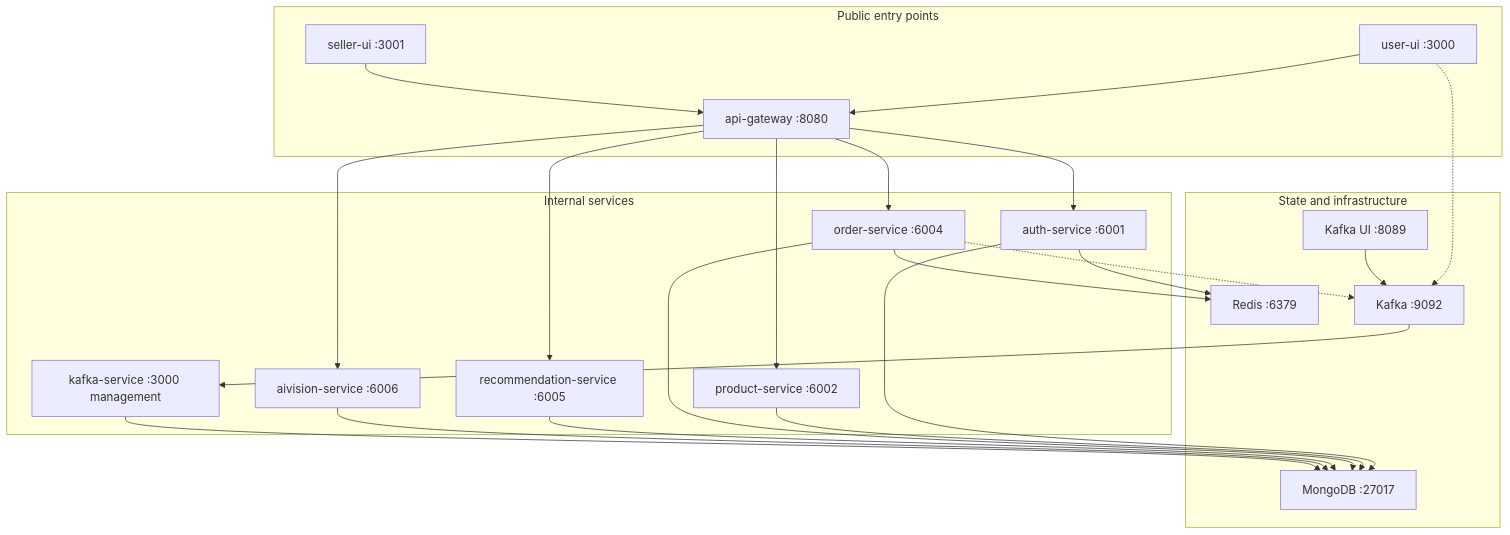
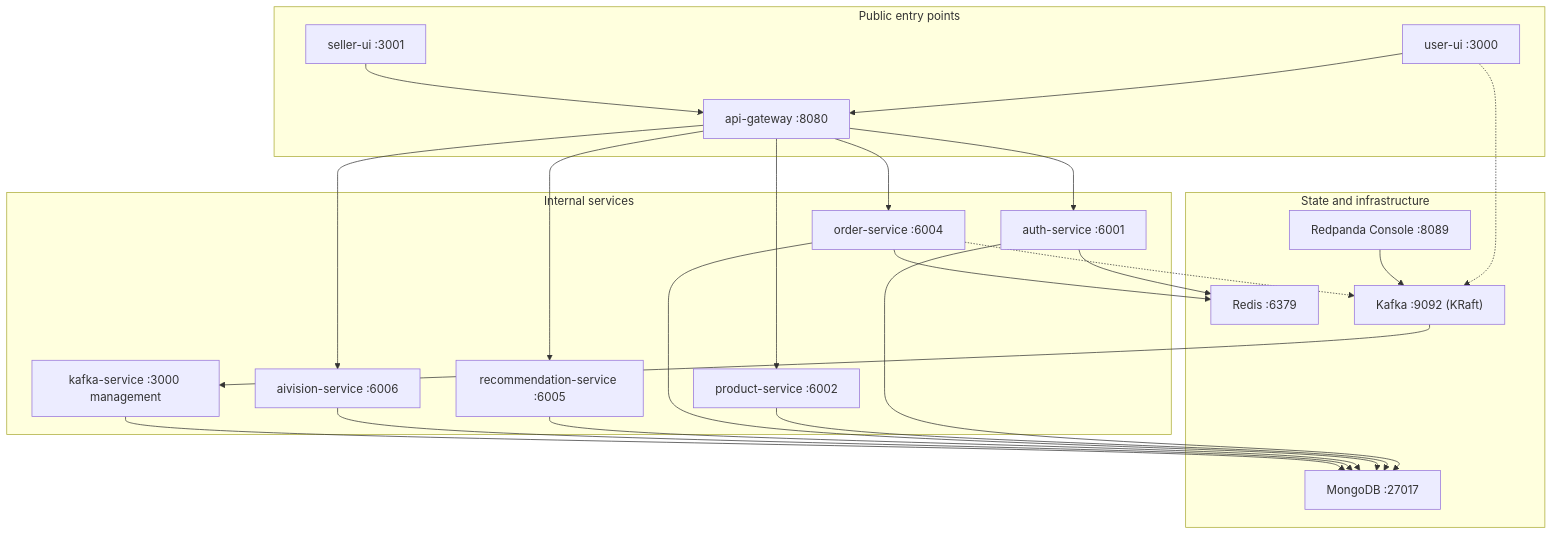
One commit to aditya-deokar/artistry-cart changed the second of 10 diagrams in README.md. Above: the diagram before and after it, drawn with Mermaid. The commit also changed other lines of this file and 20 other files, not shown here.

Commit message:
docs: add comprehensive documentation for architecture, local development, and service workflows

````diff
--- a/README.md
+++ b/README.md
@@ -100,45 +107,45 @@
 ```mermaid
 flowchart TD
     subgraph Public["Public entry points"]
         U["user-ui :3000"]
         S["seller-ui :3001"]
         G["api-gateway :8080"]
     end
 
     subgraph Internal["Internal services"]
         A["auth-service :6001"]
         P["product-service :6002"]
         O["order-service :6004"]
         R["recommendation-service :6005"]
         AI["aivision-service :6006"]
         K["kafka-service :3000 management"]
     end
 
     subgraph State["State and infrastructure"]
         DB["MongoDB :27017"]
         Cache["Redis :6379"]
-        Bus["Kafka :9092"]
-        KUI["Kafka UI :8089"]
+        Bus["Kafka :9092 (KRaft)"]
+        KUI["Redpanda Console :8089"]
     end
 
     U --> G
     S --> G
     G --> A
     G --> P
     G --> O
     G --> R
     G --> AI
     U -.-> Bus
     O -.-> Bus
     Bus --> K
     KUI --> Bus
 
     A --> DB
     P --> DB
     O --> DB
     R --> DB
     AI --> DB
     K --> DB
     A --> Cache
     O --> Cache
 ```
````
